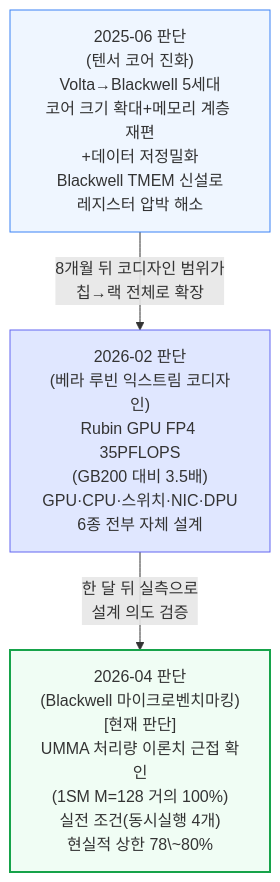
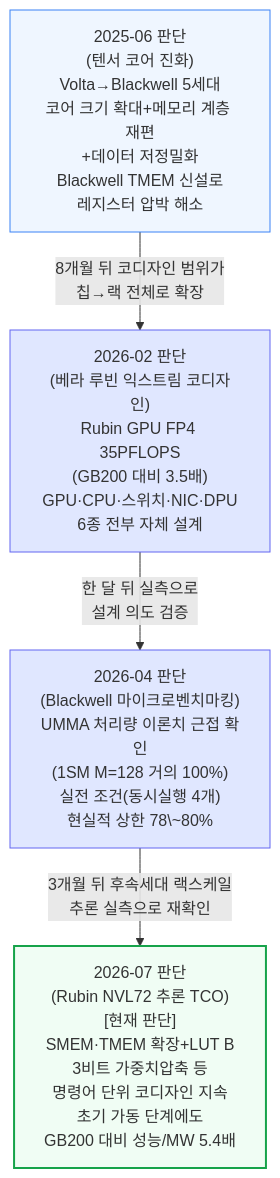
One commit to yohan4477/semi-report changed the first of 5 diagrams in 통합 리포트/카테고리별 통합 리포트/[260711] 컴퓨트 통합 리포트.md. Above: the diagram before and after it, drawn with Mermaid. The commit also changed other lines of this file and 3 other files, not shown here.

Commit message:
Update CATEGORIES.md counts, ledgers, and compute integrated report for Vera Rubin NVL72 vs GB200 NVL72 doc

````diff
--- a/통합 리포트/카테고리별 통합 리포트/[260711] 컴퓨트 통합 리포트.md
+++ b/통합 리포트/카테고리별 통합 리포트/[260711] 컴퓨트 통합 리포트.md
@@ -59,8 +60,9 @@
 ```mermaid
 flowchart TD
-    D2506["2025-06 판단<br/>(텐서 코어 진화)<br/>Volta→Blackwell 5세대<br/>코어 크기 확대+메모리 계층 재편<br/>+데이터 저정밀화<br/>Blackwell TMEM 신설로<br/>레지스터 압박 해소"] -->|"8개월 뒤 코디자인 범위가<br/>칩→랙 전체로 확장"| D2602["2026-02 판단<br/>(베라 루빈 익스트림 코디자인)<br/>Rubin GPU FP4 35PFLOPS<br/>(GB200 대비 3.5배)<br/>GPU·CPU·스위치·NIC·DPU<br/>6종 전부 자체 설계"] -->|"한 달 뒤 실측으로<br/>설계 의도 검증"| D2604["2026-04 판단<br/>(Blackwell 마이크로벤치마킹)<br/>[현재 판단]<br/>UMMA 처리량 이론치 근접 확인<br/>(1SM M=128 거의 100%)<br/>실전 조건(동시실행 4개)<br/>현실적 상한 78\~80%"]
+    D2506["2025-06 판단<br/>(텐서 코어 진화)<br/>Volta→Blackwell 5세대<br/>코어 크기 확대+메모리 계층 재편<br/>+데이터 저정밀화<br/>Blackwell TMEM 신설로<br/>레지스터 압박 해소"] -->|"8개월 뒤 코디자인 범위가<br/>칩→랙 전체로 확장"| D2602["2026-02 판단<br/>(베라 루빈 익스트림 코디자인)<br/>Rubin GPU FP4 35PFLOPS<br/>(GB200 대비 3.5배)<br/>GPU·CPU·스위치·NIC·DPU<br/>6종 전부 자체 설계"] -->|"한 달 뒤 실측으로<br/>설계 의도 검증"| D2604["2026-04 판단<br/>(Blackwell 마이크로벤치마킹)<br/>UMMA 처리량 이론치 근접 확인<br/>(1SM M=128 거의 100%)<br/>실전 조건(동시실행 4개)<br/>현실적 상한 78\~80%"] -->|"3개월 뒤 후속세대 랙스케일<br/>추론 실측으로 재확인"| D2607["2026-07 판단<br/>(Rubin NVL72 추론 TCO)<br/>[현재 판단]<br/>SMEM·TMEM 확장+LUT B<br/>3비트 가중치압축 등<br/>명령어 단위 코디자인 지속<br/>초기 가동 단계에도<br/>GB200 대비 성능/MW 5.4배"]
 
     style D2506 fill:#eff6ff,stroke:#3b82f6
     style D2602 fill:#e0e7ff,stroke:#6366f1
-    style D2604 fill:#f0fdf4,stroke:#16a34a,stroke-width:2px
+    style D2604 fill:#e0e7ff,stroke:#6366f1
+    style D2607 fill:#f0fdf4,stroke:#16a34a,stroke-width:2px
 ```
````
